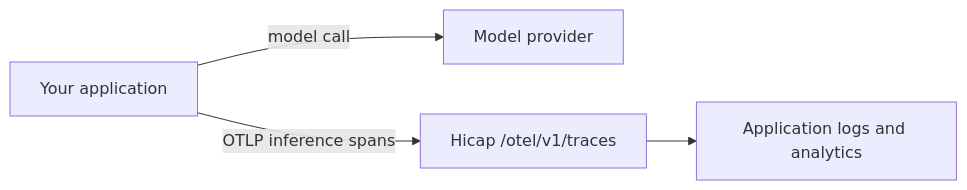
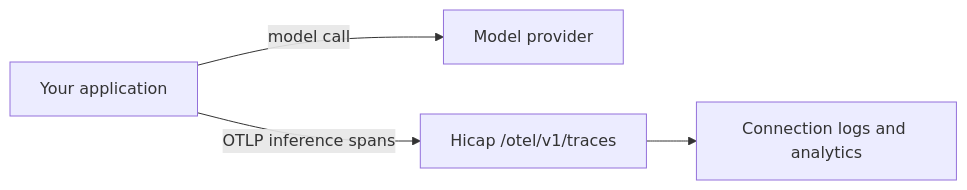
Before and after one commit to hicap-oss/docs: the diagram in analytics/external-applications.mdx, drawn with Mermaid. The commit also changed other lines of this file, not shown here.

````diff
--- a/analytics/external-applications.mdx
+++ b/analytics/external-applications.mdx
@@ -21,6 +21,6 @@
 ```mermaid
 graph LR
   A[Your application] -- model call --> P[Model provider]
   A -- OTLP inference spans --> H[Hicap /otel/v1/traces]
-  H --> L[Application logs and analytics]
+  H --> L[Connection logs and analytics]
 ```
````
